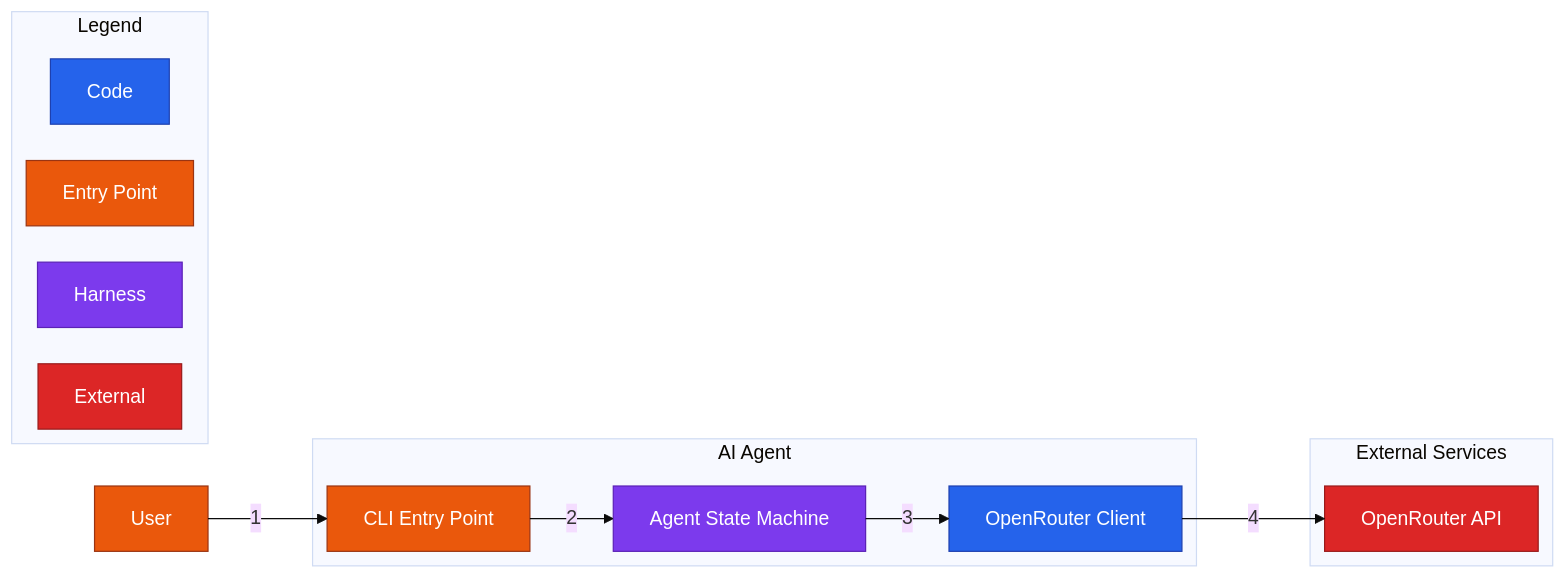
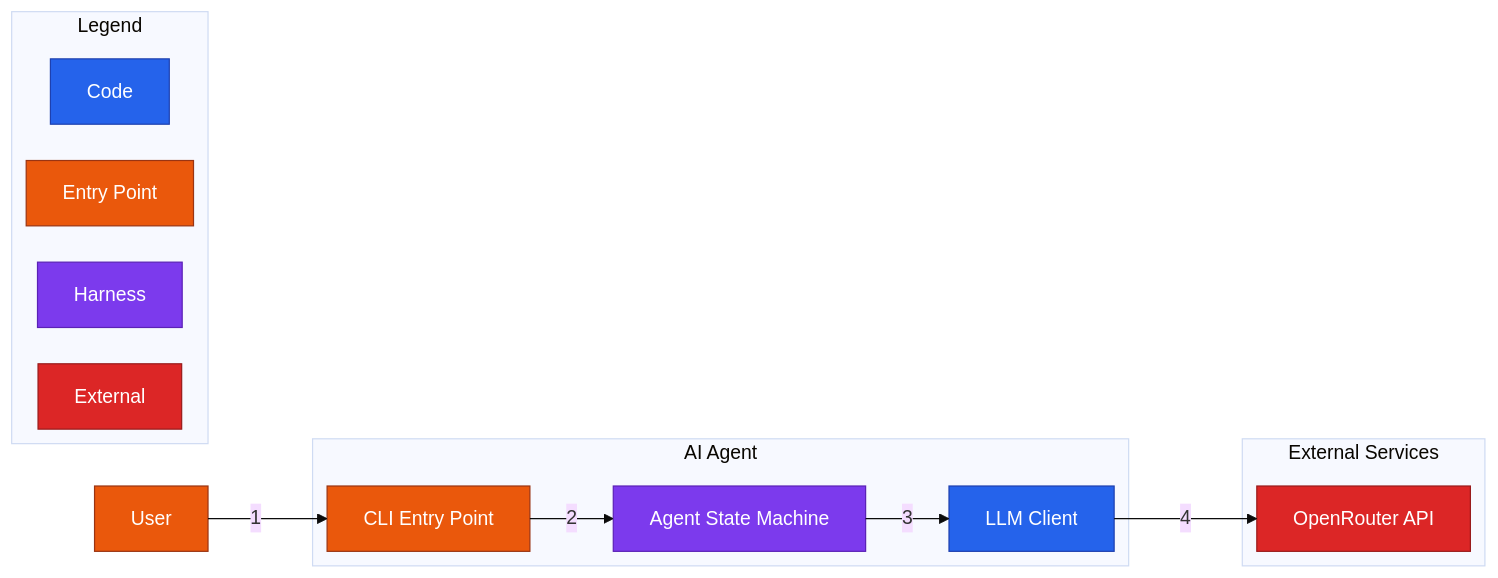
The diagram in docs/architecture/c4/c2-container.mmd (EduardoRenani/ai-agent-xstate), drawn with Mermaid (base theme) before and after one commit. The commit also changed 5 other files, not shown here.

First line of the commit message:
docs(architecture): refresh C4 and state-machine diagrams for spec 003

```diff
--- a/docs/architecture/c4/c2-container.mmd
+++ b/docs/architecture/c4/c2-container.mmd
@@ -1,46 +1,46 @@
 ---
 config:
   layout: elk
   flowchart:
     nodeSpacing: 80
     rankSpacing: 100
 ---
 %% Spec: c4-doc.md
 %% Modo: incremental
-%% Atualizado: 2026-05-14
-%% Fonte: src/index.ts, src/machine.ts, src/openrouter.ts
+%% Atualizado: 2026-05-15
+%% Fonte: src/index.ts, src/machine.ts, src/llm-client.ts
 flowchart LR
     user[User]:::entry
 
     subgraph system [AI Agent]
         cli[CLI Entry Point]:::entry
         machine[Agent State Machine]:::harness
-        openrouterClient[OpenRouter Client]:::code
+        llmClient[LLM Client]:::code
     end
 
     subgraph externals [External Services]
         openrouter[OpenRouter API]:::external
     end
 
     subgraph legend [Legend]
         lEntry[Entry Point]:::entry
         lHarness[Harness]:::harness
         lCode[Code]:::code
         lExternal[External]:::external
     end
 
     user -->|1| cli
     cli -->|2| machine
-    machine -->|3| openrouterClient
-    openrouterClient -->|4| openrouter
+    machine -->|3| llmClient
+    llmClient -->|4| openrouter
 
     classDef entry fill:#ea580c,stroke:#9a3412,color:#fff
     classDef harness fill:#7c3aed,stroke:#5b21b6,color:#fff
     classDef code fill:#2563eb,stroke:#1e40af,color:#fff
     classDef external fill:#dc2626,stroke:#991b1b,color:#fff
 
 %% | # | Origin -> Destination | Protocol | Payload |
 %% | 1 | user -> cli | CLI stdin | plain text message |
 %% | 2 | cli -> machine | in-process actor.send | { type: "MESSAGE", text } |
-%% | 3 | machine -> openrouterClient | in-process invoke | { messages: Array<{ role, content }>, systemPrompt: string } |
-%% | 4 | openrouterClient -> openrouter | HTTPS POST (sync) | chat.completions.create |
+%% | 3 | machine -> llmClient | in-process invoke | { messages: Array<{ role, content }>, systemPrompt: string, tools?: Record<string, Tool> } |
+%% | 4 | llmClient -> openrouter | HTTPS POST (sync) | chat.completions.create |
```
